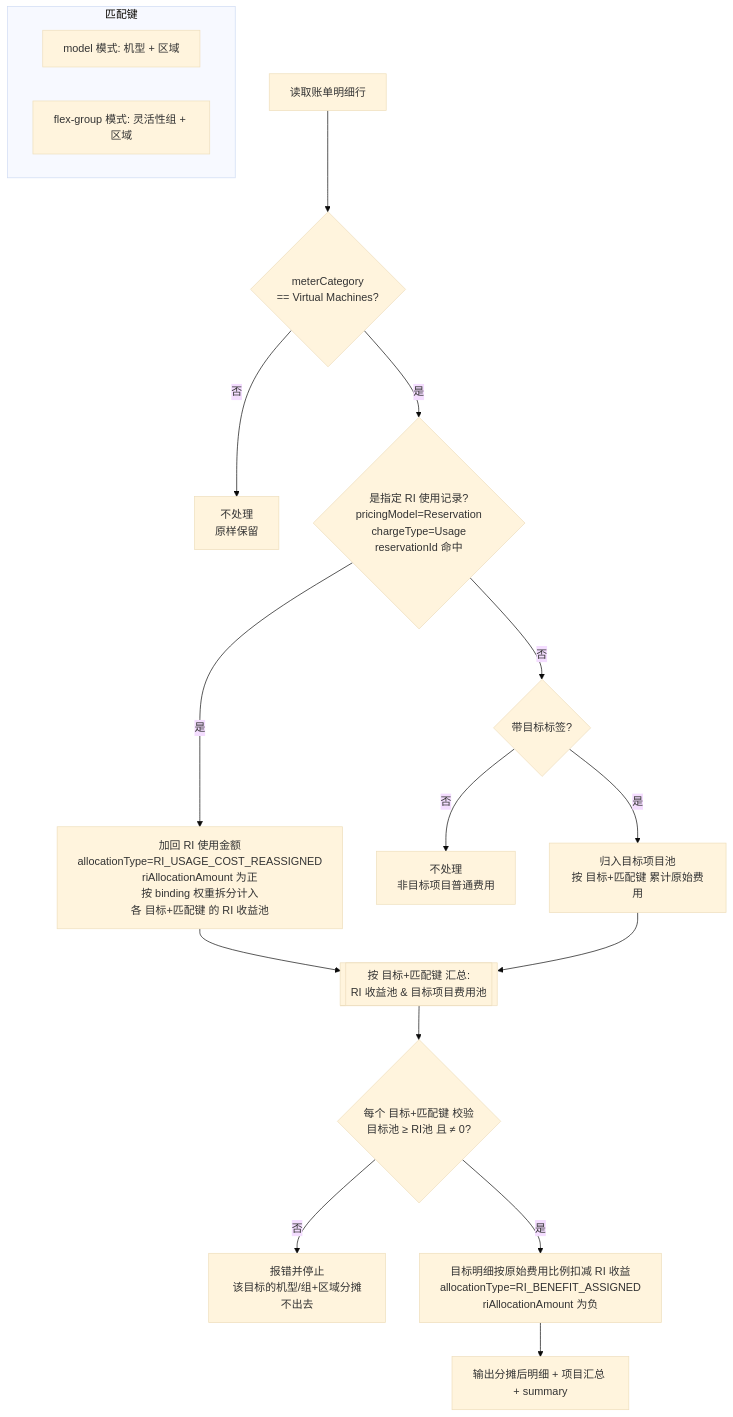
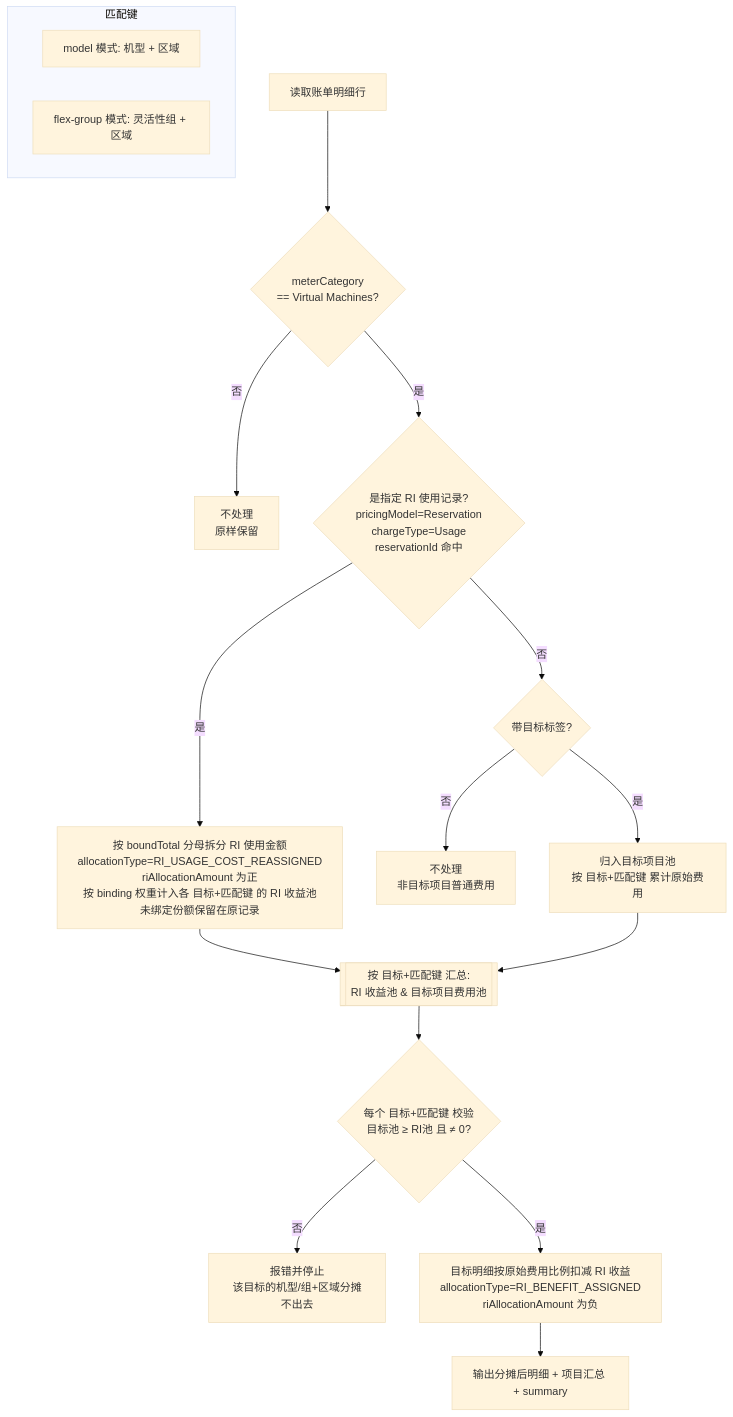
One commit to lprincewhn/azureops changed the diagram in ri-reallocation/RI费用分摊说明.md. Above: the diagram before and after it, drawn with Mermaid (base theme). The commit also changed other lines of this file and 2 other files, not shown here.

First line of the commit message:
ri-reallocation: use boundTotal as weight denominator, keep unbound remainder on source project

````diff
--- a/ri-reallocation/RI费用分摊说明.md
+++ b/ri-reallocation/RI费用分摊说明.md
@@ -66,25 +66,25 @@
 ```mermaid
 flowchart TD
     A[读取账单明细行] --> B{meterCategory<br/>== Virtual Machines?}
     B -- 否 --> Z[不处理<br/>原样保留]
     B -- 是 --> C{是指定 RI 使用记录?<br/>pricingModel=Reservation<br/>chargeType=Usage<br/>reservationId 命中}
 
-    C -- 是 --> E[加回 RI 使用金额<br/>allocationType=RI_USAGE_COST_REASSIGNED<br/>riAllocationAmount 为正<br/>按 binding 权重拆分计入<br/>各 目标+匹配键 的 RI 收益池]
+    C -- 是 --> E[按 boundTotal 分母拆分 RI 使用金额<br/>allocationType=RI_USAGE_COST_REASSIGNED<br/>riAllocationAmount 为正<br/>按 binding 权重计入各 目标+匹配键 的 RI 收益池<br/>未绑定份额保留在原记录]
 
     C -- 否 --> F{带目标标签?}
     F -- 否 --> Z3[不处理<br/>非目标项目普通费用]
     F -- 是 --> G[归入目标项目池<br/>按 目标+匹配键 累计原始费用]
 
     E --> H[[按 目标+匹配键 汇总:<br/>RI 收益池 & 目标项目费用池]]
     G --> H
     H --> I{每个 目标+匹配键 校验<br/>目标池 ≥ RI池 且 ≠ 0?}
     I -- 否 --> X[报错并停止<br/>该目标的机型/组+区域分摊不出去]
     I -- 是 --> J[目标明细按原始费用比例扣减 RI 收益<br/>allocationType=RI_BENEFIT_ASSIGNED<br/>riAllocationAmount 为负]
     J --> K[输出分摊后明细 + 项目汇总 + summary]
 
     subgraph K1[匹配键]
       direction LR
       M1["model 模式: 机型 + 区域"]
       M2["flex-group 模式: 灵活性组 + 区域"]
     end
 ```
````
